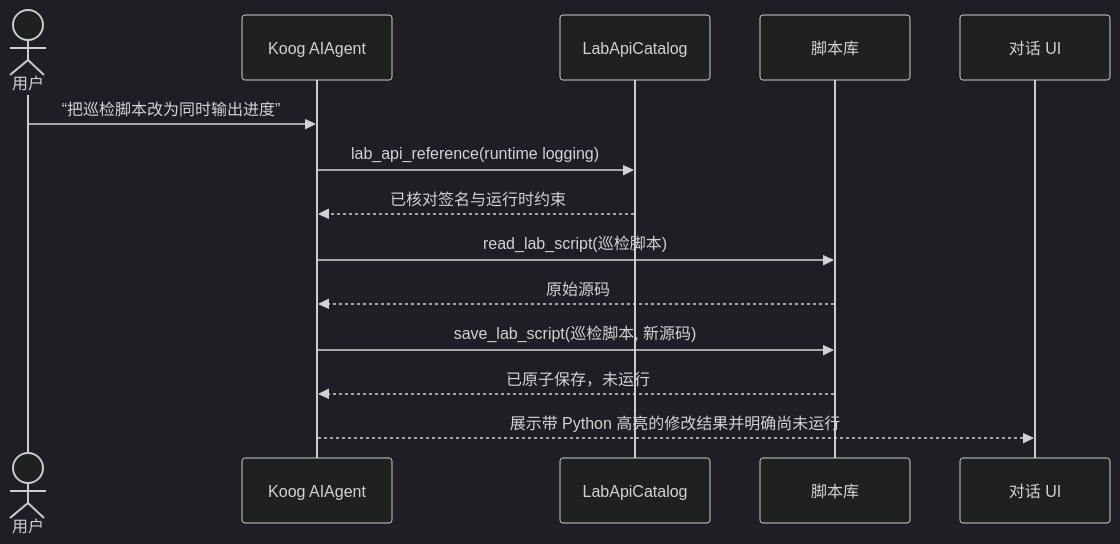
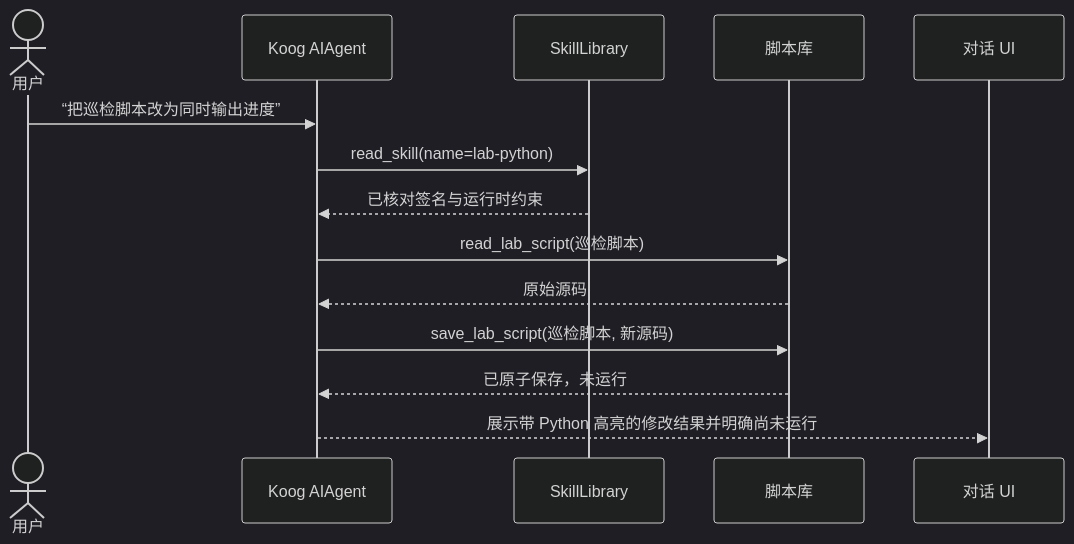
The fifth of 5 diagrams in docs/conversation-agent-product-design.md (elonzh/hanppie), drawn with Mermaid (dark theme) before and after one commit. The commit also changed other lines of this file and 27 other files, not shown here.

````diff
--- a/docs/conversation-agent-product-design.md
+++ b/docs/conversation-agent-product-design.md
@@ -210,17 +210,17 @@
 ```mermaid
 sequenceDiagram
     actor U as 用户
     participant A as Koog AIAgent
-    participant C as LabApiCatalog
+    participant C as SkillLibrary
     participant L as 脚本库
     participant UI as 对话 UI
 
     U->>A: “把巡检脚本改为同时输出进度”
-    A->>C: lab_api_reference(runtime logging)
+    A->>C: read_skill(name=lab-python)
     C-->>A: 已核对签名与运行时约束
     A->>L: read_lab_script(巡检脚本)
     L-->>A: 原始源码
     A->>L: save_lab_script(巡检脚本, 新源码)
     L-->>A: 已原子保存，未运行
     A-->>UI: 展示带 Python 高亮的修改结果并明确尚未运行
 ```
````
